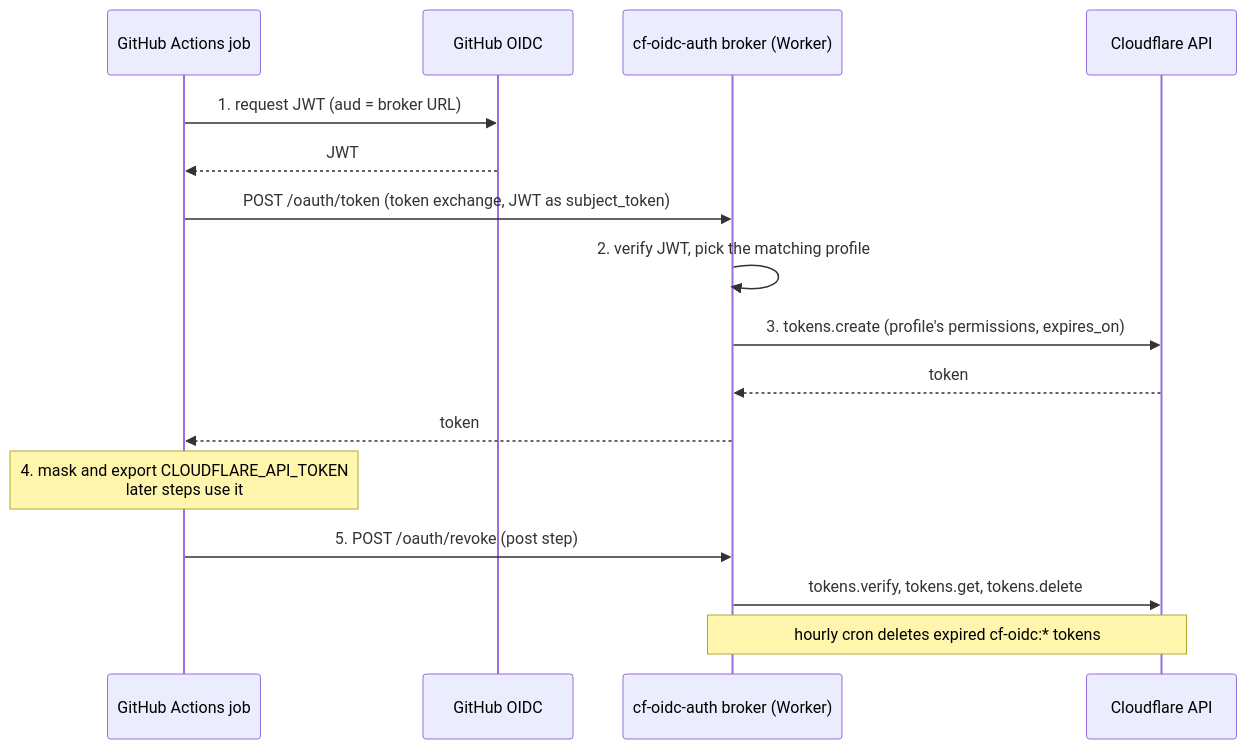
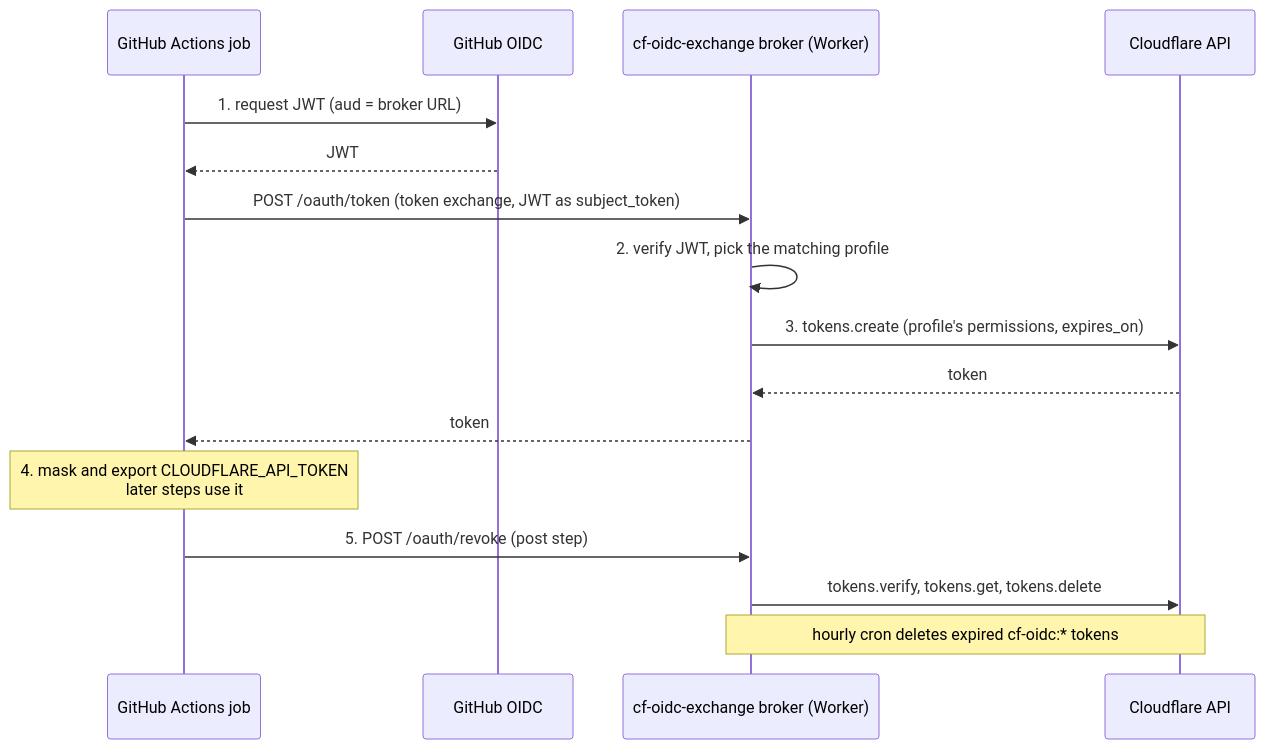
Before and after one commit to cf-contrib/cf-auth: the diagram in README.md, drawn with Mermaid. The commit also changed other lines of this file and 33 other files, not shown here.

First line of the commit message:
feat!: rename cf-oidc-auth to cf-oidc-exchange

````diff
--- a/README.md
+++ b/README.md
@@ -42,19 +42,19 @@
 ```mermaid
 sequenceDiagram
     participant Job as GitHub Actions job
     participant OIDC as GitHub OIDC
-    participant Broker as cf-oidc-auth broker (Worker)
+    participant Broker as cf-oidc-exchange broker (Worker)
     participant CF as Cloudflare API
 
     Job->>OIDC: 1. request JWT (aud = broker URL)
     OIDC-->>Job: JWT
     Job->>Broker: POST /oauth/token (token exchange, JWT as subject_token)
     Broker->>Broker: 2. verify JWT, pick the matching profile
     Broker->>CF: 3. tokens.create (profile's permissions, expires_on)
     CF-->>Broker: token
     Broker-->>Job: token
     Note over Job: 4. mask and export CLOUDFLARE_API_TOKEN<br/>later steps use it
     Job->>Broker: 5. POST /oauth/revoke (post step)
     Broker->>CF: tokens.verify, tokens.get, tokens.delete
     Note over Broker,CF: hourly cron deletes expired cf-oidc:* tokens
 ```
````
